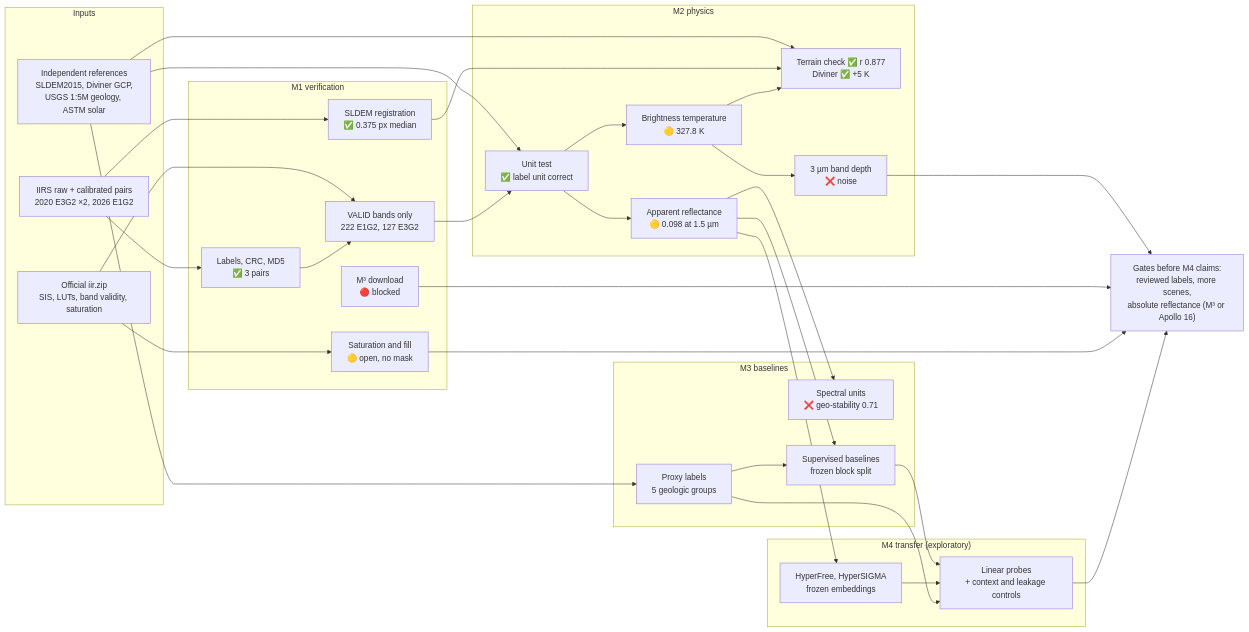
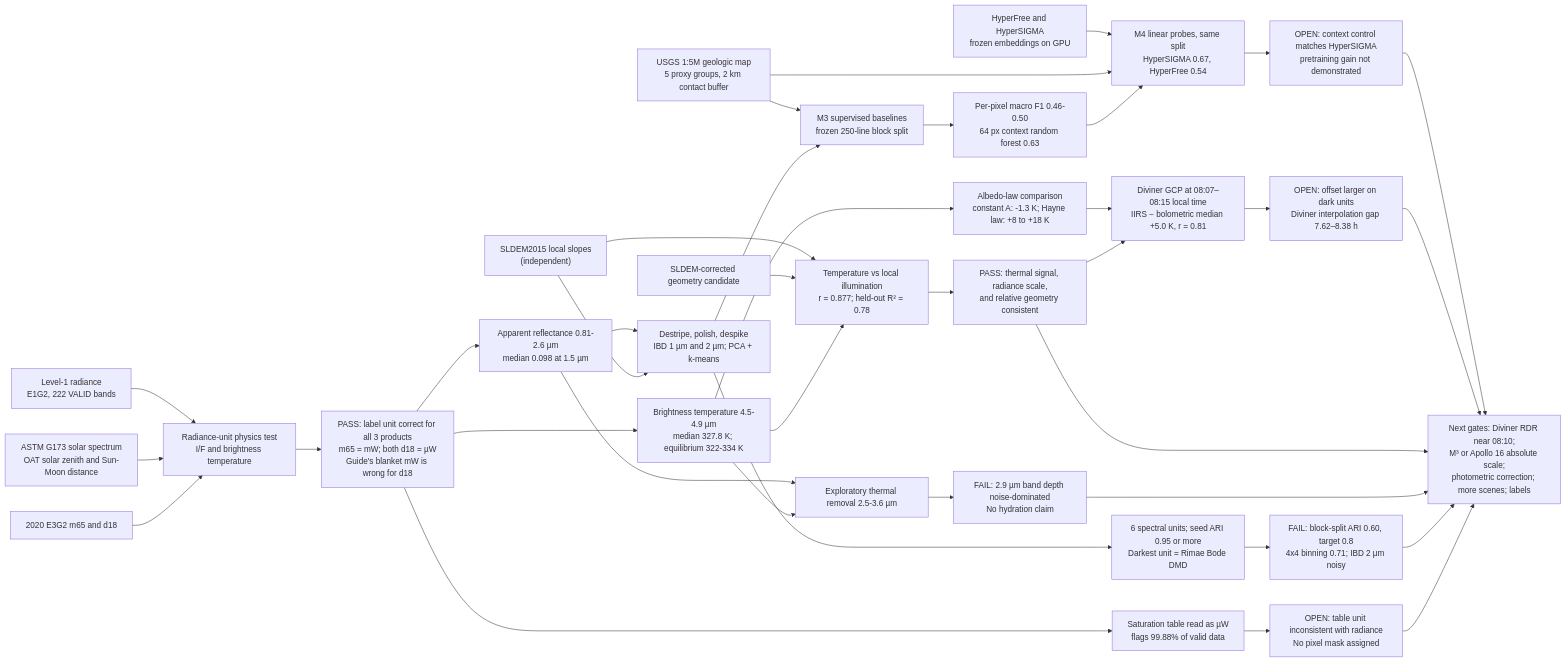
The first of 2 diagrams in README.md (qetser/BTP), drawn with Mermaid before and after one commit. The commit also changed other lines of this file, not shown here.

````diff
--- a/README.md
+++ b/README.md
@@ -69,50 +19,39 @@
 ```mermaid
 flowchart LR
-    subgraph IN["Inputs"]
-        RAW["IIRS raw + calibrated pairs<br/>2020 E3G2 ×2, 2026 E1G2"]
-        OFF["Official iir.zip<br/>SIS, LUTs, band validity, saturation"]
-        REF["Independent references<br/>SLDEM2015, Diviner GCP,<br/>USGS 1:5M geology, ASTM solar"]
-    end
-    subgraph M1["M1 verification"]
-        V1["Labels, CRC, MD5<br/>✅ 3 pairs"]
-        V2["VALID bands only<br/>222 E1G2, 127 E3G2"]
-        V3["SLDEM registration<br/>✅ 0.375 px median"]
-        V4["Saturation and fill<br/>🟡 open, no mask"]
-        V5["M³ download<br/>🔴 blocked"]
-    end
-    subgraph M2["M2 physics"]
-        U["Unit test<br/>✅ label unit correct"]
-        R["Apparent reflectance<br/>🟡 0.098 at 1.5 µm"]
-        T["Brightness temperature<br/>🟡 327.8 K"]
-        TV["Terrain check ✅ r 0.877<br/>Diviner ✅ +5 K"]
-        H["3 µm band depth<br/>❌ noise"]
-    end
-    subgraph M3["M3 baselines"]
-        L["Proxy labels<br/>5 geologic groups"]
-        SU["Spectral units<br/>❌ geo-stability 0.71"]
-        SB["Supervised baselines<br/>frozen block split"]
-    end
-    subgraph M4["M4 transfer (exploratory)"]
-        FM["HyperFree, HyperSIGMA<br/>frozen embeddings"]
-        LP["Linear probes<br/>+ context and leakage controls"]
-    end
-    RAW --> V1 --> V2 --> U
-    OFF --> V2
-    OFF --> V4
-    RAW --> V3
-    REF --> U
-    U --> R --> SU
-    U --> T --> TV
-    V3 --> TV
-    REF --> TV
-    T --> H
-    R --> SB
-    REF --> L --> SB
-    L --> LP
-    R --> FM --> LP
-    SB --> LP
-    LP --> GATE["Gates before M4 claims:<br/>reviewed labels, more scenes,<br/>absolute reflectance (M³ or Apollo 16)"]
-    V4 --> GATE
-    V5 --> GATE
-    H --> GATE
+    L1["Level-1 radiance<br/>E1G2, 222 VALID bands"] --> U["Radiance-unit physics test<br/>I/F and brightness temperature"]
+    SOL["ASTM G173 solar spectrum<br/>OAT solar zenith and Sun-Moon distance"] --> U
+    E3["2020 E3G2 m65 and d18"] --> U
+    U --> U2["PASS: label unit correct for all 3 products<br/>m65 = mW; both d18 = µW<br/>Guide's blanket mW is wrong for d18"]
+    U2 --> R["Apparent reflectance 0.81-2.6 µm<br/>median 0.098 at 1.5 µm"]
+    U2 --> T["Brightness temperature 4.5-4.9 µm<br/>median 327.8 K; equilibrium 322-334 K"]
+    DEM["SLDEM2015 local slopes<br/>(independent)"] --> TOPO["Temperature vs local illumination<br/>r = 0.877; held-out R² = 0.78"]
+    GEO["SLDEM-corrected geometry candidate"] --> TOPO
+    T --> TOPO
+    TOPO --> TOPO2["PASS: thermal signal, radiance scale,<br/>and relative geometry consistent"]
+    R --> TC["Exploratory thermal removal 2.5-3.6 µm"]
+    T --> TC
+    TC --> TC2["FAIL: 2.9 µm band depth noise-dominated<br/>No hydration claim"]
+    R --> M3["Destripe, polish, despike<br/>IBD 1 µm and 2 µm; PCA + k-means"]
+    DEM --> M3
+    M3 --> M3B["6 spectral units; seed ARI 0.95 or more<br/>Darkest unit = Rimae Bode DMD"]
+    M3B --> M3C["FAIL: block-split ARI 0.60, target 0.8<br/>4x4 binning 0.71; IBD 2 µm noisy"]
+    GEOL["USGS 1:5M geologic map<br/>5 proxy groups, 2 km contact buffer"] --> SUP["M3 supervised baselines<br/>frozen 250-line block split"]
+    M3 --> SUP
+    SUP --> SUP2["Per-pixel macro F1 0.46-0.50<br/>64 px context random forest 0.63"]
+    FMS["HyperFree and HyperSIGMA<br/>frozen embeddings on GPU"] --> PROBE["M4 linear probes, same split<br/>HyperSIGMA 0.67, HyperFree 0.54"]
+    GEOL --> PROBE
+    SUP2 --> PROBE
+    PROBE --> PROBE2["OPEN: context control matches HyperSIGMA<br/>pretraining gain not demonstrated"]
+    PROBE2 --> NEXT
+    U2 --> SAT["Saturation table read as µW<br/>flags 99.88% of valid data"]
+    SAT --> SAT2["OPEN: table unit inconsistent with radiance<br/>No pixel mask assigned"]
+    T --> ALB["Albedo-law comparison<br/>constant A: -1.3 K; Hayne law: +8 to +18 K"]
+    ALB --> DIV1
+    TOPO2 --> DIV1["Diviner GCP at 08:07–08:15 local time<br/>IIRS − bolometric median +5.0 K, r = 0.81"]
+    DIV1 --> DIV2["OPEN: offset larger on dark units<br/>Diviner interpolation gap 7.62–8.38 h"]
+    DIV2 --> NEXT
+    TOPO2 --> NEXT["Next gates: Diviner RDR near 08:10;<br/>M³ or Apollo 16 absolute scale;<br/>photometric correction; more scenes; labels"]
+    TC2 --> NEXT
+    M3C --> NEXT
+    SAT2 --> NEXT
 ```
````
